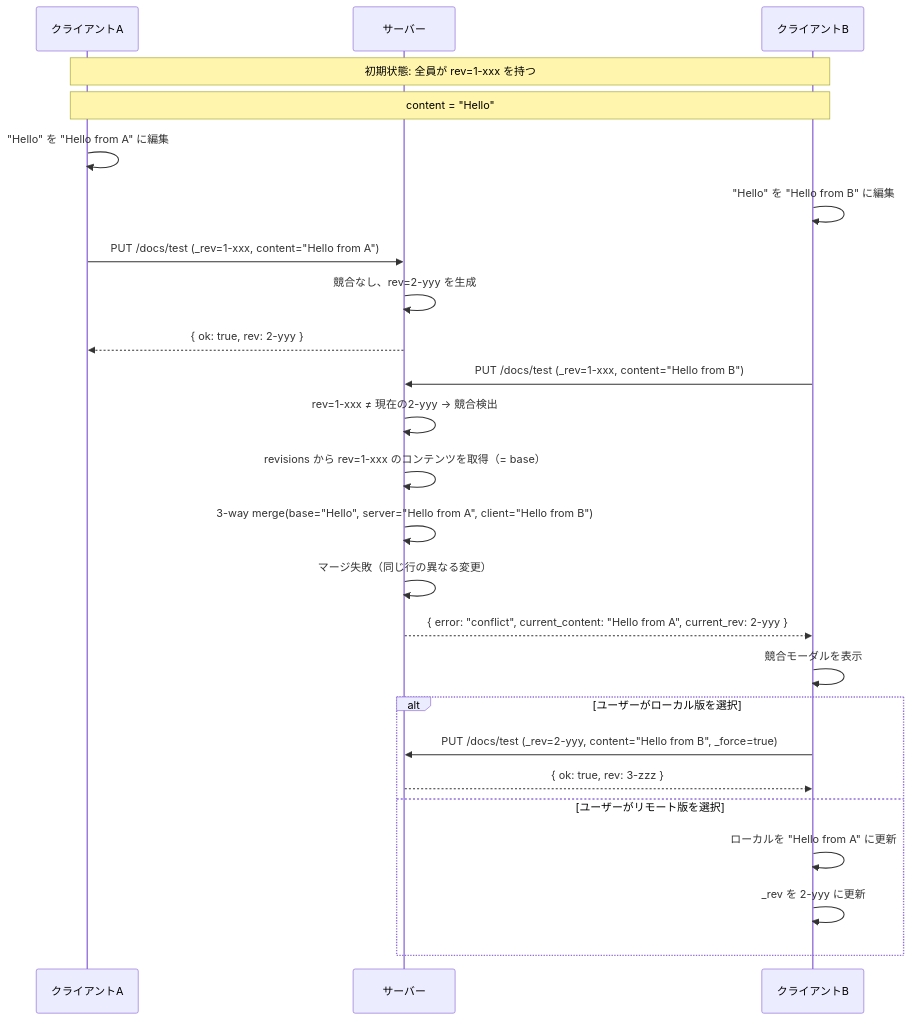
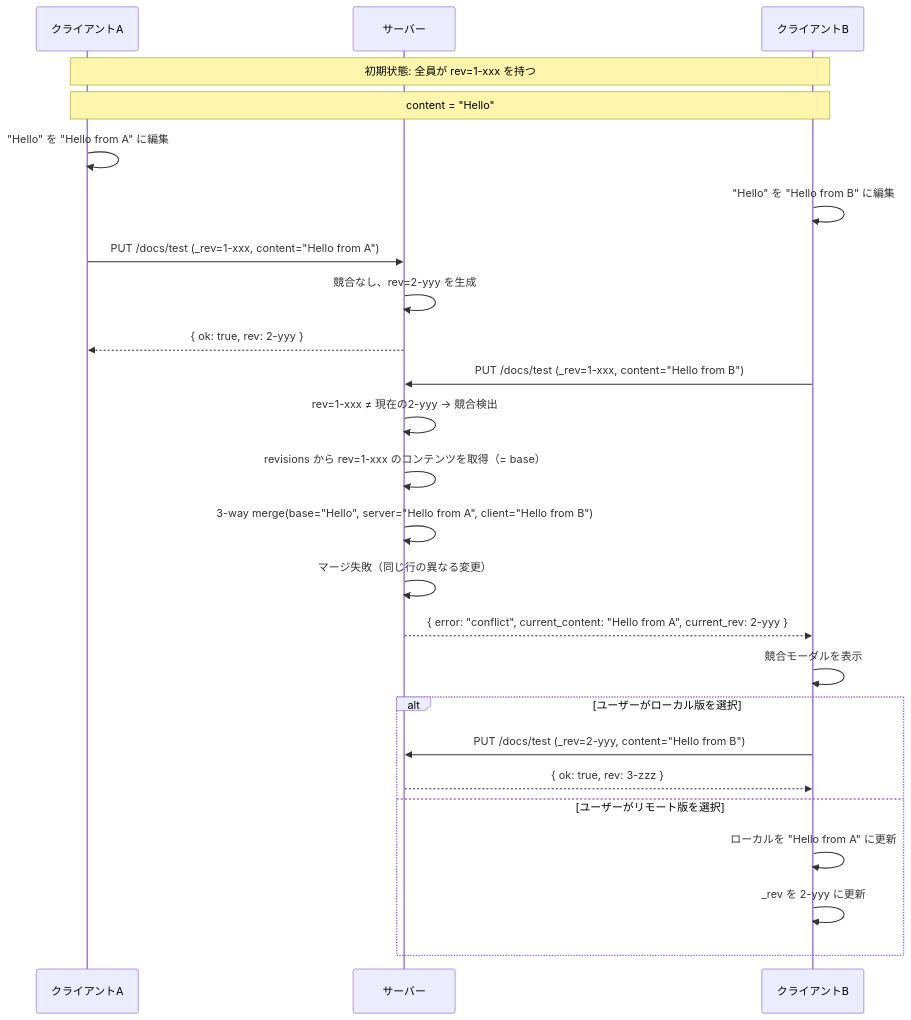
One commit to OJII3/obsidian-sync-workers changed the third of 4 diagrams in CLAUDE.md. Above: the diagram before and after it, drawn with Mermaid. The commit also changed other lines of this file and 1 other file, not shown here.

````diff
--- a/CLAUDE.md
+++ b/CLAUDE.md
@@ -420,32 +420,32 @@
 ```mermaid
 sequenceDiagram
     participant A as クライアントA
     participant S as サーバー
     participant B as クライアントB
 
     Note over A,B: 初期状態: 全員が rev=1-xxx を持つ
     Note over A,B: content = "Hello"
 
     A->>A: "Hello" を "Hello from A" に編集
     B->>B: "Hello" を "Hello from B" に編集
 
     A->>S: PUT /docs/test (_rev=1-xxx, content="Hello from A")
     S->>S: 競合なし、rev=2-yyy を生成
     S-->>A: { ok: true, rev: 2-yyy }
 
     B->>S: PUT /docs/test (_rev=1-xxx, content="Hello from B")
     S->>S: rev=1-xxx ≠ 現在の2-yyy → 競合検出
     S->>S: revisions から rev=1-xxx のコンテンツを取得（= base）
     S->>S: 3-way merge(base="Hello", server="Hello from A", client="Hello from B")
     S->>S: マージ失敗（同じ行の異なる変更）
     S-->>B: { error: "conflict", current_content: "Hello from A", current_rev: 2-yyy }
 
     B->>B: 競合モーダルを表示
     alt ユーザーがローカル版を選択
-        B->>S: PUT /docs/test (_rev=2-yyy, content="Hello from B", _force=true)
+        B->>S: PUT /docs/test (_rev=2-yyy, content="Hello from B")
         S-->>B: { ok: true, rev: 3-zzz }
     else ユーザーがリモート版を選択
         B->>B: ローカルを "Hello from A" に更新
         B->>B: _rev を 2-yyy に更新
     end
 ```
````
